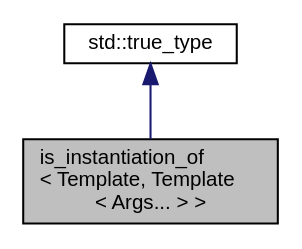
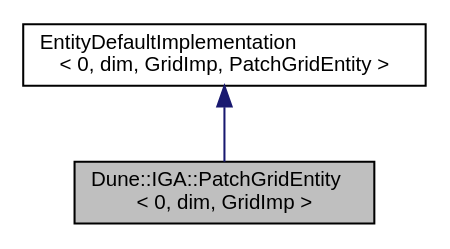
One commit to rath3t/dune-iga-doc changed the diagram in dc/dab/a01237.dot. Above: the diagram before and after it, drawn with Graphviz. The commit also changed 1638 other files, not shown here.

Commit message:
deploy: rath3t/dune-iga@39a22d86f807350d8fd5fd2358904a281525172c

```diff
--- a/dc/dab/a01237.dot
+++ b/dc/dab/a01237.dot
@@ -1,9 +1,9 @@
-digraph "is_instantiation_of&lt; Template, Template&lt; Args... &gt; &gt;"
+digraph "Dune::IGA::PatchGridEntity&lt; 0, dim, GridImp &gt;"
 {
  // LATEX_PDF_SIZE
   edge [fontname="Helvetica",fontsize="10",labelfontname="Helvetica",labelfontsize="10"];
   node [fontname="Helvetica",fontsize="10",shape=record];
-  Node1 [label="is_instantiation_of\l\< Template, Template\l\< Args... \> \>",height=0.2,width=0.4,color="black", fillcolor="grey75", style="filled", fontcolor="black",tooltip=" "];
+  Node1 [label="Dune::IGA::PatchGridEntity\l\< 0, dim, GridImp \>",height=0.2,width=0.4,color="black", fillcolor="grey75", style="filled", fontcolor="black",tooltip="Specialization for codim-0-entities."];
   Node2 -> Node1 [dir="back",color="midnightblue",fontsize="10",style="solid",fontname="Helvetica"];
-  Node2 [label="std::true_type",height=0.2,width=0.4,color="black", fillcolor="white", style="filled",tooltip=" "];
+  Node2 [label="EntityDefaultImplementation\l\< 0, dim, GridImp, PatchGridEntity \>",height=0.2,width=0.4,color="black", fillcolor="white", style="filled",tooltip=" "];
 }
```
